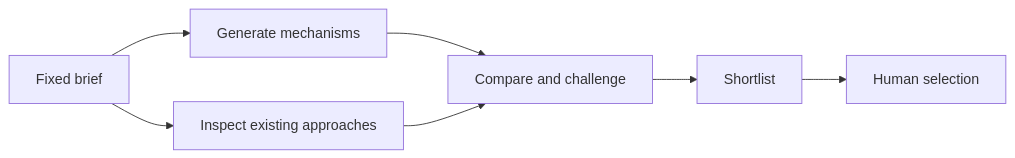
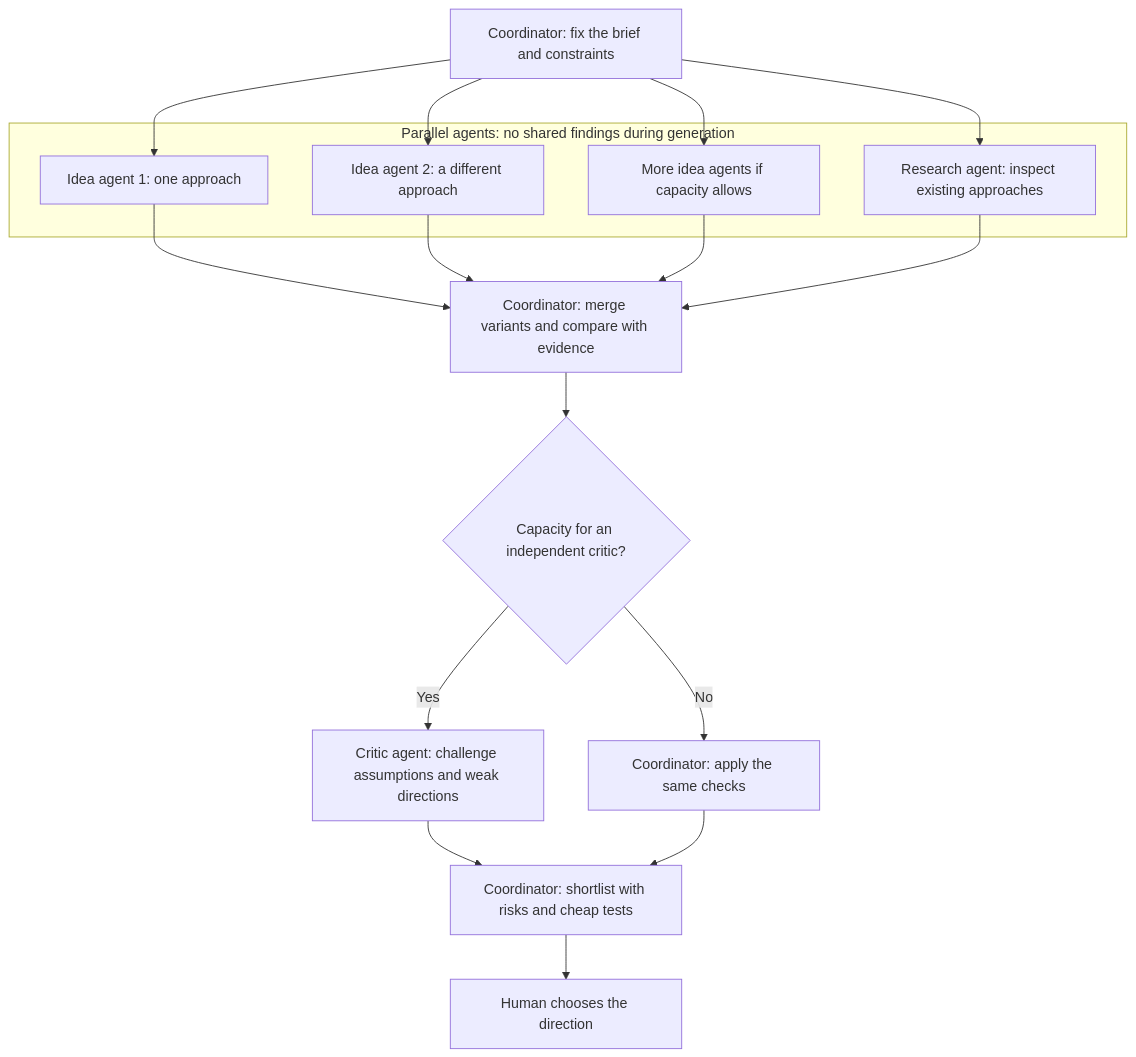
The diagram in development/readme/scoville-brainstorm/mechanism.md (benjaminstelzer/scoville-suite), drawn with Mermaid before and after one commit. The commit also changed 31 other files, not shown here.

````diff
--- a/development/readme/scoville-brainstorm/mechanism.md
+++ b/development/readme/scoville-brainstorm/mechanism.md
@@ -9,9 +9,17 @@
 ```mermaid
-flowchart LR
-    B["Fixed brief"] --> G["Generate mechanisms"]
-    B --> L["Inspect existing approaches"]
-    G --> C["Compare and challenge"]
-    L --> C
-    C --> S["Shortlist"]
-    S --> H["Human selection"]
+flowchart TD
+    B["Coordinator: fix the brief and constraints"]
+    subgraph P["Parallel agents: no shared findings during generation"]
+        G1["Idea agent 1: one approach"]
+        G2["Idea agent 2: a different approach"]
+        GN["More idea agents if capacity allows"]
+        L["Research agent: inspect existing approaches"]
+    end
+    B --> G1 & G2 & GN & L
+    G1 & G2 & GN & L --> C["Coordinator: merge variants and compare with evidence"]
+    C --> K{"Capacity for an independent critic?"}
+    K -->|Yes| R["Critic agent: challenge assumptions and weak directions"]
+    K -->|No| F["Coordinator: apply the same checks"]
+    R & F --> S["Coordinator: shortlist with risks and cheap tests"]
+    S --> H["Human chooses the direction"]
 ```
````
